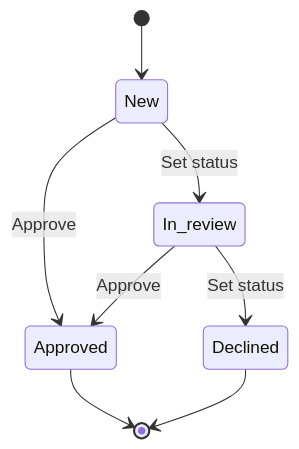
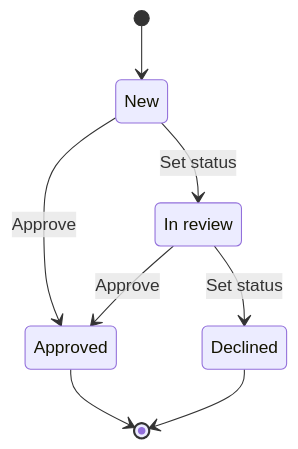
Before and after one commit to anilvenugopal/lattice: the diagram in apps/demo/lattice_demo/help/work-queue.md, drawn with Mermaid. The commit also changed 14 other files, not shown here.

````diff
--- a/apps/demo/lattice_demo/help/work-queue.md
+++ b/apps/demo/lattice_demo/help/work-queue.md
@@ -35,10 +35,11 @@
 ```mermaid
 stateDiagram-v2
+    state "In review" as In_review
     [*] --> New
     New --> In_review: Set status
     New --> Approved: Approve
     In_review --> Approved: Approve
     In_review --> Declined: Set status
     Approved --> [*]
     Declined --> [*]
 ```
````
